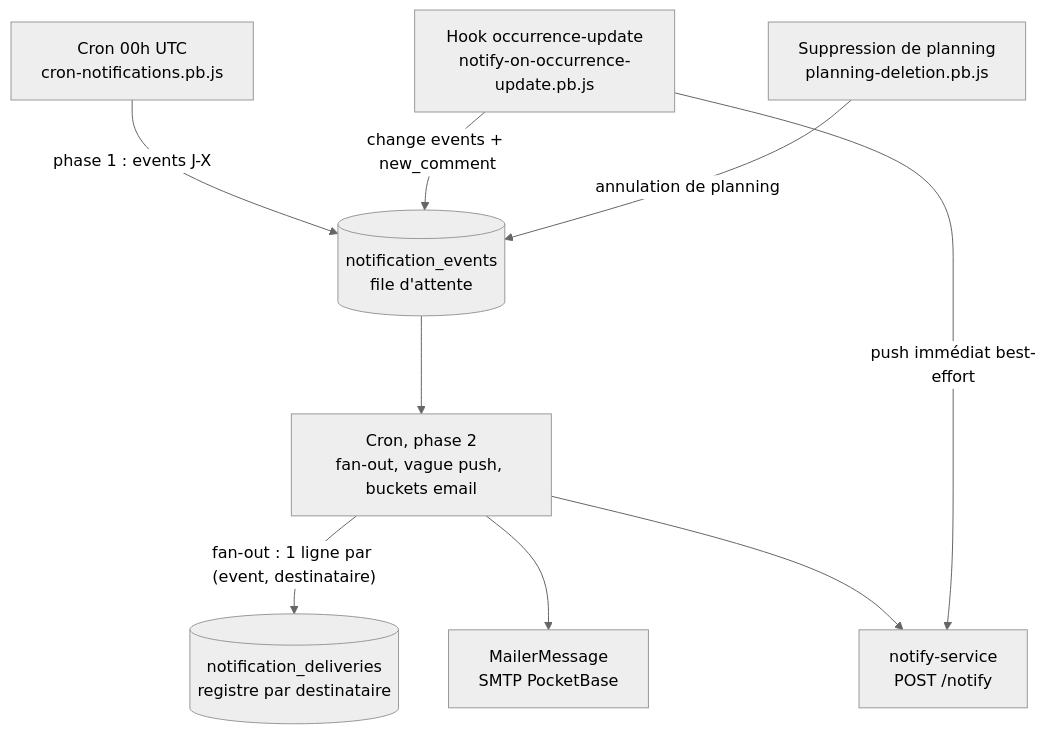
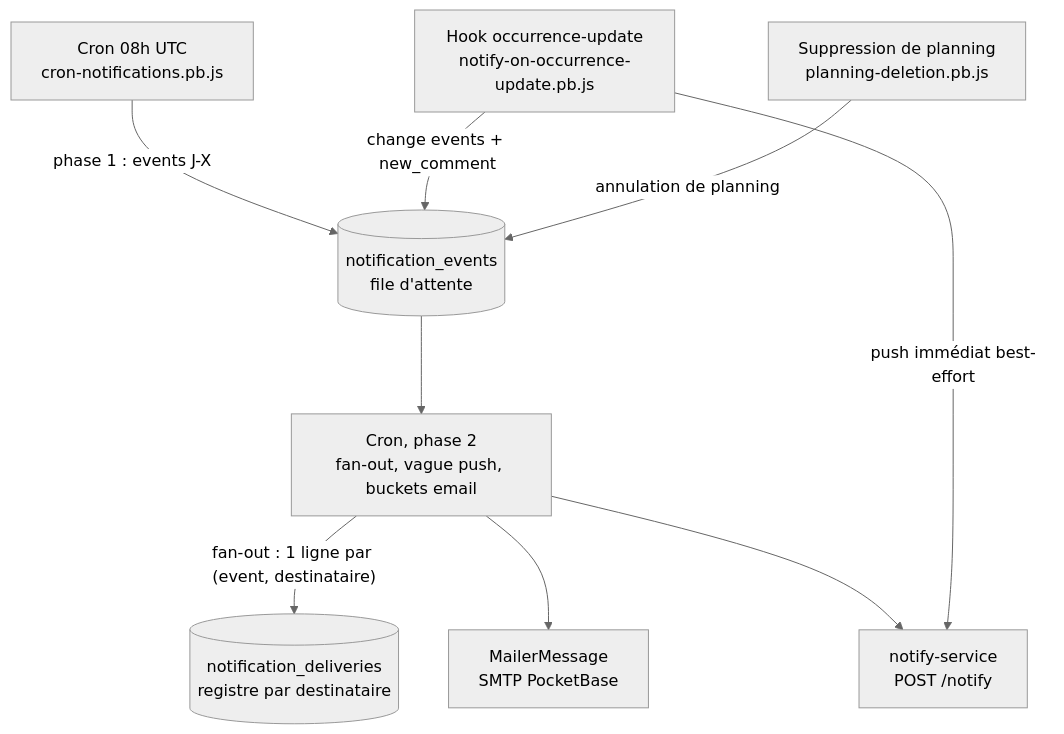
Before and after one commit to QaldeK/oupla-planning: the diagram in docs/architecture/push-notifications.md, drawn with Mermaid (neutral theme). The commit also changed other lines of this file and 2 other files, not shown here.

First line of the commit message:
fix(notifications): schedule the daily cron at 08h UTC

````diff
--- a/docs/architecture/push-notifications.md
+++ b/docs/architecture/push-notifications.md
@@ -14,19 +14,19 @@
 ```mermaid
 flowchart TD
-  CRON["Cron 00h UTC<br/>cron-notifications.pb.js"]
+  CRON["Cron 08h UTC<br/>cron-notifications.pb.js"]
   HOOK["Hook occurrence-update<br/>notify-on-occurrence-update.pb.js"]
   DEL["Suppression de planning<br/>planning-deletion.pb.js"]
   EVENTS[("notification_events<br/>file d'attente")]
   LEDGER[("notification_deliveries<br/>registre par destinataire")]
   PHASE2["Cron, phase 2<br/>fan-out, vague push, buckets email"]
   MAIL["MailerMessage<br/>SMTP PocketBase"]
   PUSH["notify-service<br/>POST /notify"]
   CRON -->|"phase 1 : events J-X"| EVENTS
   HOOK -->|"change events + new_comment"| EVENTS
   DEL -->|"annulation de planning"| EVENTS
   EVENTS --> PHASE2
   PHASE2 -->|"fan-out : 1 ligne par (event, destinataire)"| LEDGER
   PHASE2 --> MAIL
   PHASE2 --> PUSH
   HOOK -->|"push immédiat best-effort"| PUSH
 ```
````
